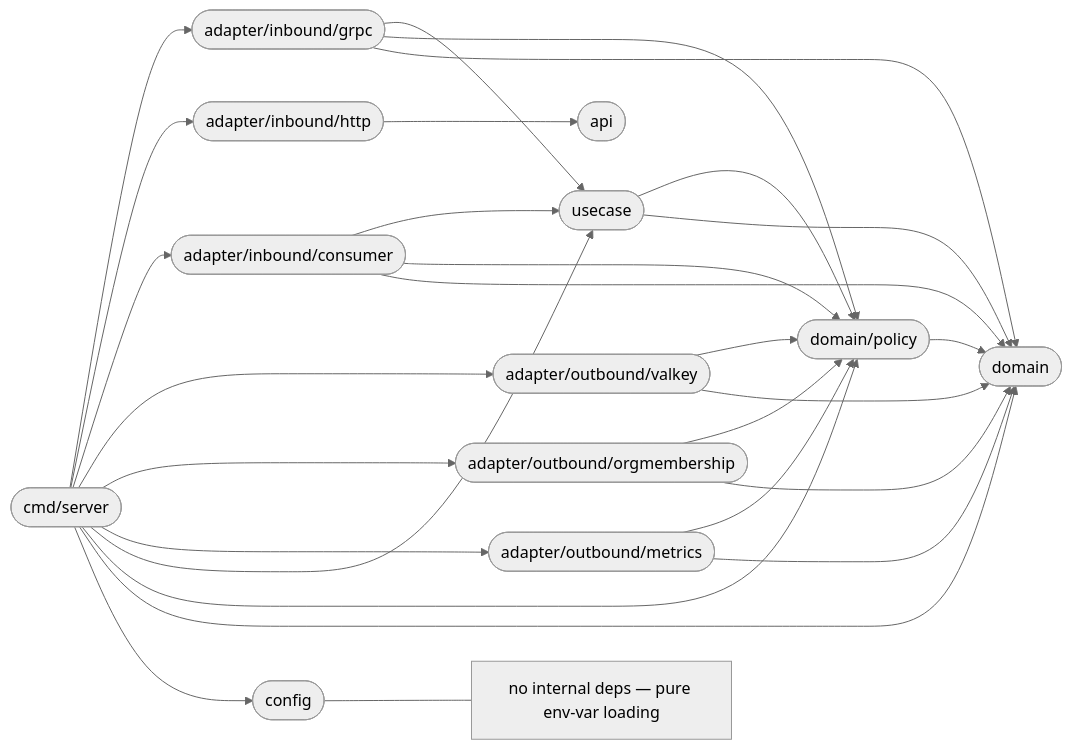
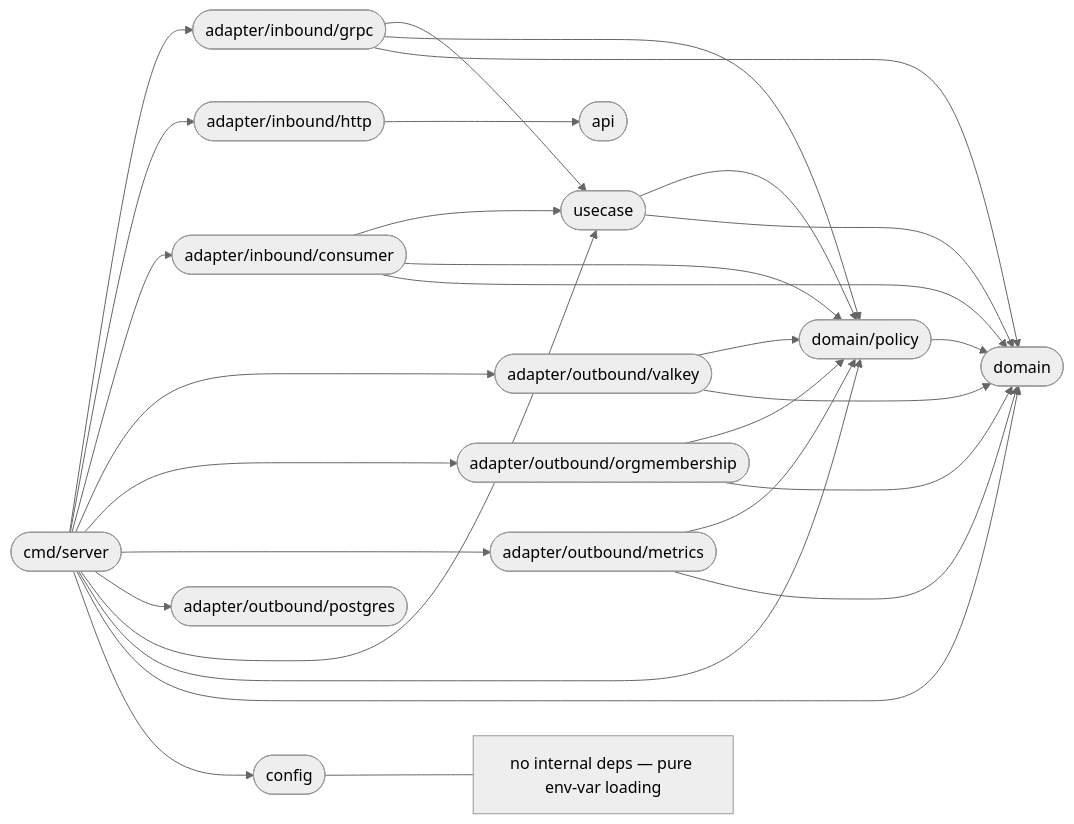
One commit to BCBP-SOLUTIONS-FZC-LLC/iam-authz-enrichment changed the second of 7 diagrams in ARCHITECTURE.md. Above: the diagram before and after it, drawn with Mermaid (neutral theme). The commit also changed other lines of this file and 49 other files, not shown here.

````diff
--- a/ARCHITECTURE.md
+++ b/ARCHITECTURE.md
@@ -88,33 +89,34 @@
 ```mermaid
 graph LR
     cmd(["cmd/server"])
     grpc(["adapter/inbound/grpc"])
     http(["adapter/inbound/http"])
     consumer(["adapter/inbound/consumer"])
     valkey(["adapter/outbound/valkey"])
     orgmembership(["adapter/outbound/orgmembership"])
     metrics(["adapter/outbound/metrics"])
+    postgres(["adapter/outbound/postgres"])
     usecase(["usecase"])
     policy(["domain/policy"])
     domain(["domain"])
     config(["config"])
     api(["api"])
 
     cmd --> grpc & http & consumer
-    cmd --> valkey & orgmembership & metrics
+    cmd --> valkey & orgmembership & metrics & postgres
     cmd --> usecase & policy & domain & config
 
     grpc --> usecase & policy & domain
     consumer --> usecase & policy & domain
     http --> api
 
     usecase --> policy & domain
 
     valkey --> policy & domain
     orgmembership --> policy & domain
     metrics --> policy & domain
 
     policy --> domain
 
     config --- config_note["no internal deps — pure env-var loading"]
 ```
````
